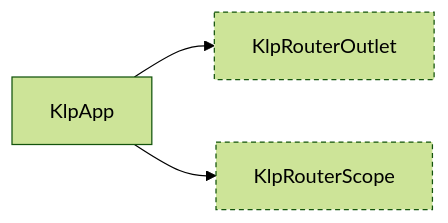
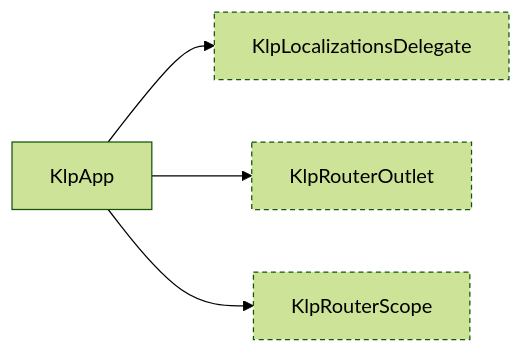
Diagram 16 of 16 in spec/component-inventory.md (MiuDog/Kallopis), drawn with Mermaid (forest theme) before and after one commit. The commit also changed other lines of this file and 11 other files, not shown here.

First line of the commit message:
feat(l10n): add KlpLocalizations for dispersed hardcoded strings

````diff
--- a/spec/component-inventory.md
+++ b/spec/component-inventory.md
@@ -1007,9 +1008,11 @@
 ```mermaid
 graph LR
   KlpApp["KlpApp"]
+  KlpLocalizationsDelegate["KlpLocalizationsDelegate"]:::external
   KlpRouterOutlet["KlpRouterOutlet"]:::external
   KlpRouterScope["KlpRouterScope"]:::external
+  KlpApp --> KlpLocalizationsDelegate
   KlpApp --> KlpRouterOutlet
   KlpApp --> KlpRouterScope
   classDef external stroke-dasharray: 4 3;
 ```
````
